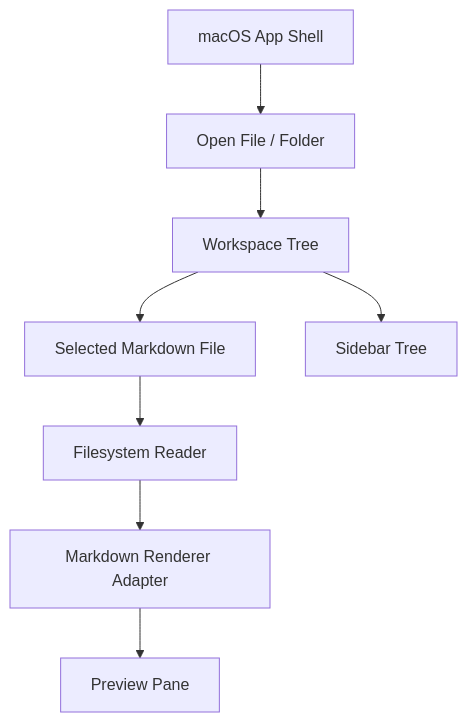
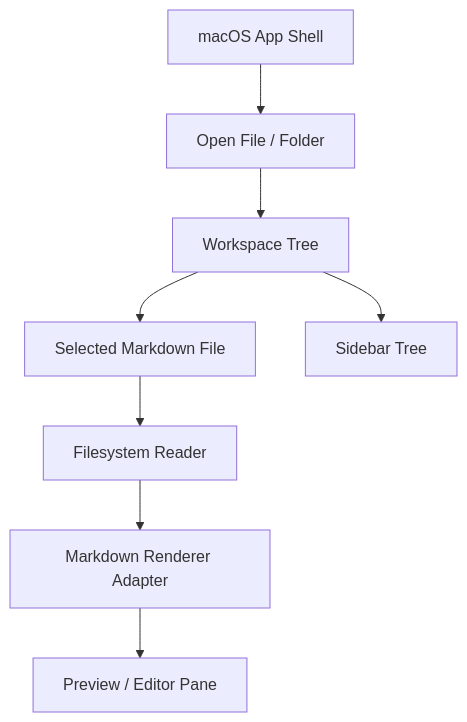
Before and after one commit to ilyagvoz/markdown: the diagram in docs/Build-Plan.md, drawn with Mermaid. The commit also changed other lines of this file and 10 other files, not shown here.

````diff
--- a/docs/Build-Plan.md
+++ b/docs/Build-Plan.md
@@ -19,10 +19,10 @@
 ```mermaid
 graph TD
     A[macOS App Shell] --> B[Open File / Folder]
     B --> C[Workspace Tree]
     C --> D[Selected Markdown File]
     D --> E[Filesystem Reader]
     E --> F[Markdown Renderer Adapter]
-    F --> G[Preview Pane]
+    F --> G[Preview / Editor Pane]
     C --> H[Sidebar Tree]
 ```
````
